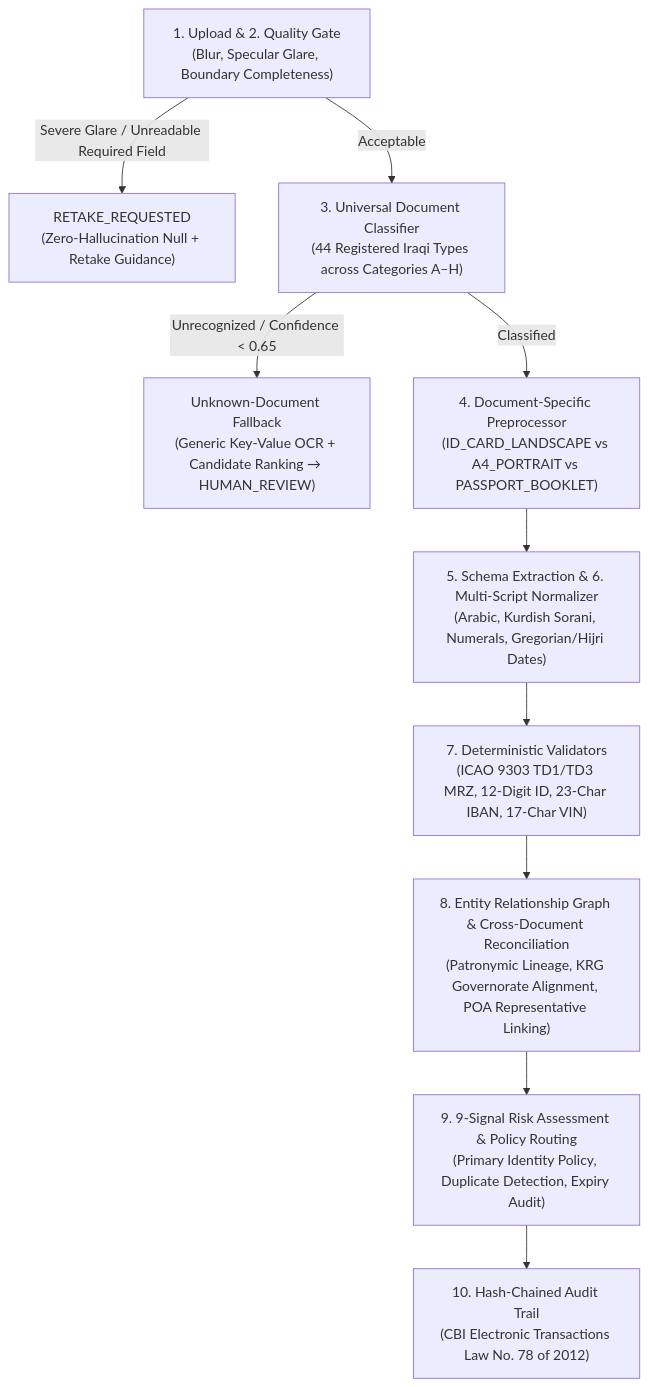
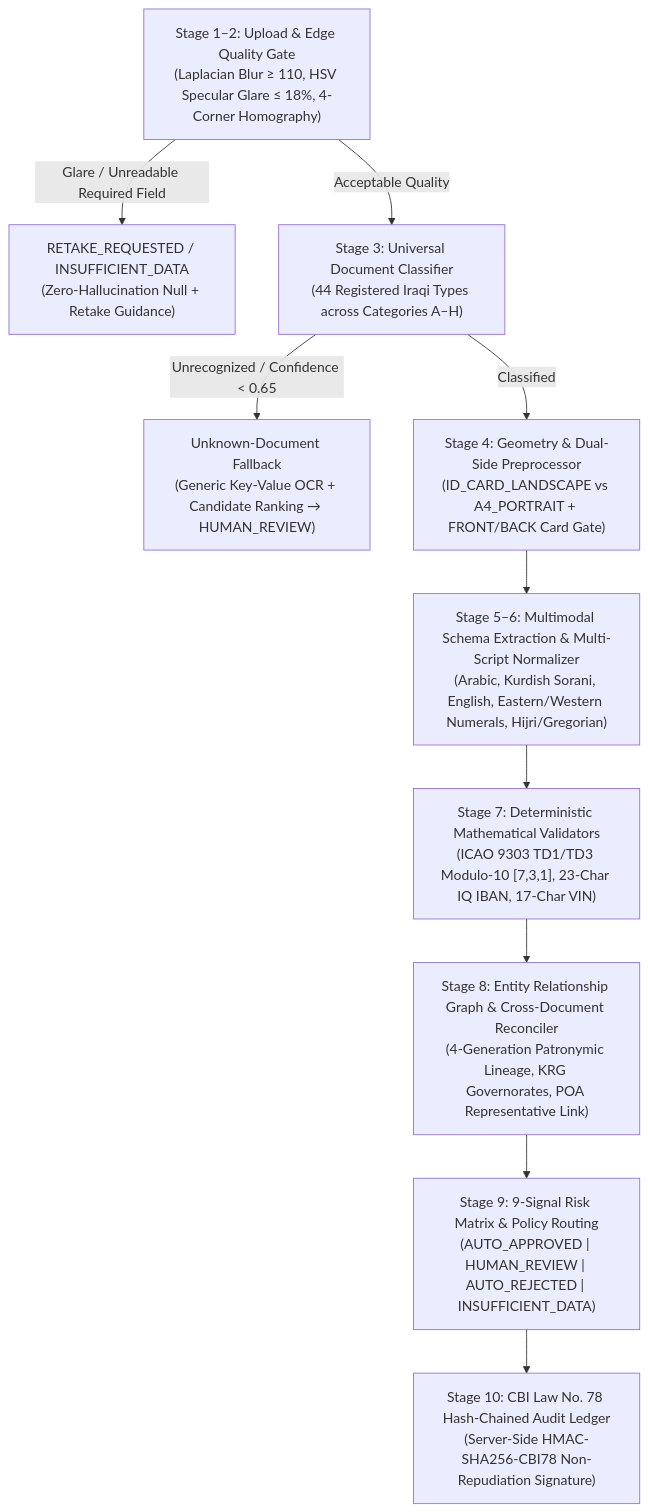
One commit to voidaisystems/rostro-kyc changed the diagram in README.md. Above: the diagram before and after it, drawn with Mermaid. The commit also changed other lines of this file and 6 other files, not shown here.

Commit message:
docs(governance): add MIT LICENSE, SECURITY.md, ARCHITECTURE.md, CONTRIBUTING.md, CODE_OF_CONDUCT.md, and enterprise README

````diff
--- a/README.md
+++ b/README.md
@@ -42,12 +65,12 @@
 ```mermaid
 flowchart TD
-    A["1. Upload & 2. Quality Gate\n(Blur, Specular Glare, Boundary Completeness)"] -->|"Severe Glare / Unreadable Required Field"| R["RETAKE_REQUESTED\n(Zero-Hallucination Null + Retake Guidance)"]
-    A -->|"Acceptable"| B["3. Universal Document Classifier\n(44 Registered Iraqi Types across Categories A–H)"]
+    A["Stage 1–2: Upload & Edge Quality Gate\n(Laplacian Blur ≥ 110, HSV Specular Glare ≤ 18%, 4-Corner Homography)"] -->|"Glare / Unreadable Required Field"| R["RETAKE_REQUESTED / INSUFFICIENT_DATA\n(Zero-Hallucination Null + Retake Guidance)"]
+    A -->|"Acceptable Quality"| B["Stage 3: Universal Document Classifier\n(44 Registered Iraqi Types across Categories A–H)"]
     B -->|"Unrecognized / Confidence < 0.65"| U["Unknown-Document Fallback\n(Generic Key-Value OCR + Candidate Ranking → HUMAN_REVIEW)"]
-    B -->|"Classified"| C["4. Document-Specific Preprocessor\n(ID_CARD_LANDSCAPE vs A4_PORTRAIT vs PASSPORT_BOOKLET)"]
-    C --> D["5. Schema Extraction & 6. Multi-Script Normalizer\n(Arabic, Kurdish Sorani, Numerals, Gregorian/Hijri Dates)"]
-    D --> E["7. Deterministic Validators\n(ICAO 9303 TD1/TD3 MRZ, 12-Digit ID, 23-Char IBAN, 17-Char VIN)"]
-    E --> F["8. Entity Relationship Graph & Cross-Document Reconciliation\n(Patronymic Lineage, KRG Governorate Alignment, POA Representative Linking)"]
-    F --> G["9. 9-Signal Risk Assessment & Policy Routing\n(Primary Identity Policy, Duplicate Detection, Expiry Audit)"]
-    G --> H["10. Hash-Chained Audit Trail\n(CBI Electronic Transactions Law No. 78 of 2012)"]
+    B -->|"Classified"| C["Stage 4: Geometry & Dual-Side Preprocessor\n(ID_CARD_LANDSCAPE vs A4_PORTRAIT + FRONT/BACK Card Gate)"]
+    C --> D["Stage 5–6: Multimodal Schema Extraction & Multi-Script Normalizer\n(Arabic, Kurdish Sorani, English, Eastern/Western Numerals, Hijri/Gregorian)"]
+    D --> E["Stage 7: Deterministic Mathematical Validators\n(ICAO 9303 TD1/TD3 Modulo-10 [7,3,1], 23-Char IQ IBAN, 17-Char VIN)"]
+    E --> F["Stage 8: Entity Relationship Graph & Cross-Document Reconciler\n(4-Generation Patronymic Lineage, KRG Governorates, POA Representative Link)"]
+    F --> G["Stage 9: 9-Signal Risk Matrix & Policy Routing\n(AUTO_APPROVED | HUMAN_REVIEW | AUTO_REJECTED | INSUFFICIENT_DATA)"]
+    G --> H["Stage 10: CBI Law No. 78 Hash-Chained Audit Ledger\n(Server-Side HMAC-SHA256-CBI78 Non-Repudiation Signature)"]
 ```
````
